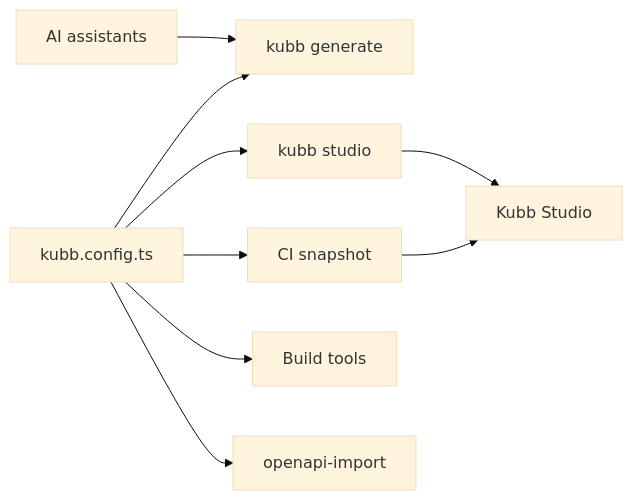
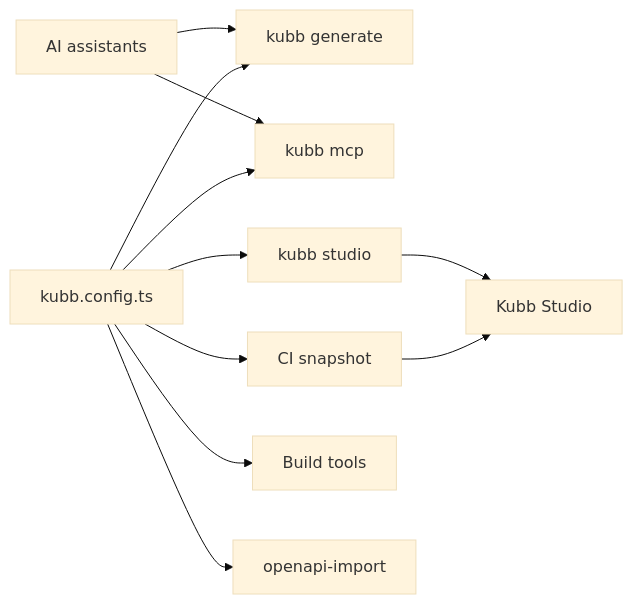
Before and after one commit to kubb-labs/kubb: the first of 2 diagrams in docs/5.x/integrations/overview.md, drawn with Mermaid (base theme). The commit also changed 1 other file, not shown here.

Commit message:
docs: add kubb mcp to the integrations diagram and drop the Studio sequence diagram (#4638)
- Integrations overview: the flowchart gets a `kubb mcp` node. It reads
`kubb.config.ts`, and AI assistants reach it next to `kubb generate`,
which matches the AI assistants card ("through the CLI or the MCP
server").
- Studio page: removes the pairing/generate sequence diagram.

Docs only, so no changeset.

🤖 Generated with [Claude Code](https://claude.com/claude-code)

https://claude.ai/code/session_011b2gvuyspY24CVNC1tZFwz

---------

````diff
--- a/docs/5.x/integrations/overview.md
+++ b/docs/5.x/integrations/overview.md
@@ -16,12 +16,14 @@
 ```mermaid
 flowchart LR
   config[kubb.config.ts]:::core
   ai[AI assistants] --> cli
+  ai --> mcp
   config --> cli[kubb generate]
+  config --> mcp[kubb mcp]
   config --> agent[kubb studio]
   config --> ci[CI snapshot]
   config --> build[Build tools]
   config --> ts[openapi-import]
   agent --> studio[Kubb Studio]
   ci --> studio
 ```
````
